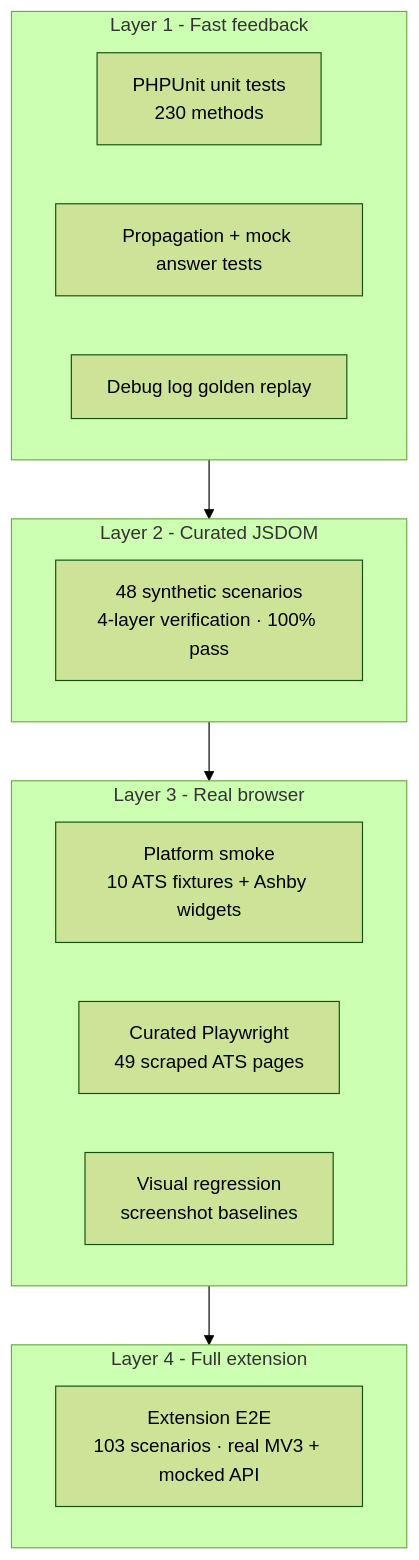
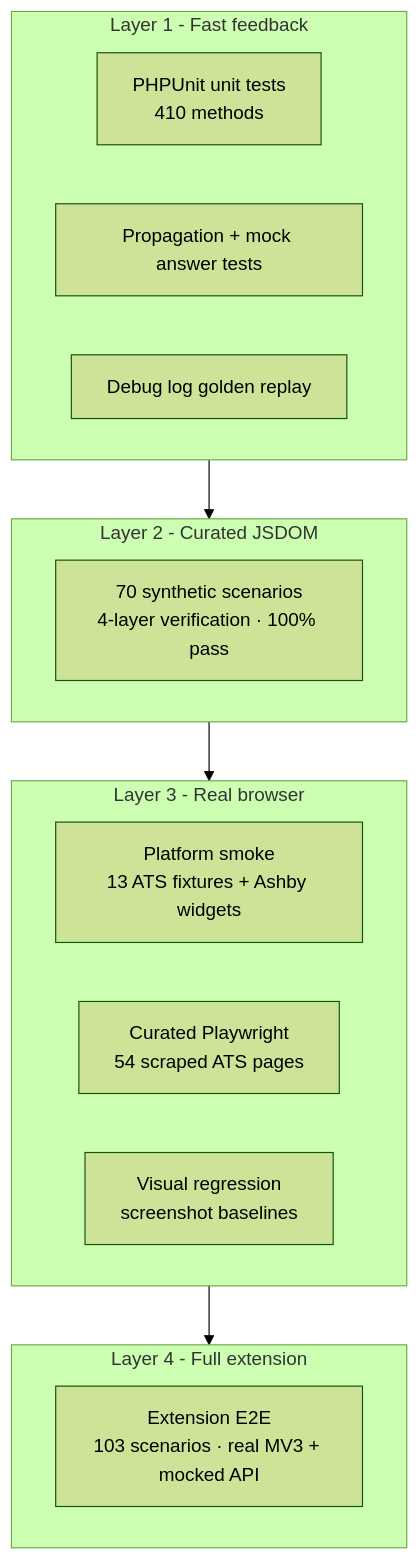
Before and after one commit to tmwclaxton/autoapplycv: the third of 4 diagrams in README.md, drawn with Mermaid (forest theme). The commit also changed other lines of this file and 8 other files, not shown here.

````diff
--- a/README.md
+++ b/README.md
@@ -489,24 +494,24 @@
 ```mermaid
 flowchart TB
     subgraph L1["Layer 1 - Fast feedback"]
-        U["PHPUnit unit tests<br/>230 methods"]
+        U["PHPUnit unit tests<br/>410 methods"]
         P["Propagation + mock answer tests"]
         D["Debug log golden replay"]
     end
 
     subgraph L2["Layer 2 - Curated JSDOM"]
-        J["48 synthetic scenarios<br/>4-layer verification · 100% pass"]
+        J["70 synthetic scenarios<br/>4-layer verification · 100% pass"]
     end
 
     subgraph L3["Layer 3 - Real browser"]
-        S["Platform smoke<br/>10 ATS fixtures + Ashby widgets"]
-        PW["Curated Playwright<br/>49 scraped ATS pages"]
+        S["Platform smoke<br/>13 ATS fixtures + Ashby widgets"]
+        PW["Curated Playwright<br/>54 scraped ATS pages"]
         VR["Visual regression<br/>screenshot baselines"]
     end
 
     subgraph L4["Layer 4 - Full extension"]
         E2E["Extension E2E<br/>103 scenarios · real MV3 + mocked API"]
     end
 
     L1 --> L2 --> L3 --> L4
 ```
````
